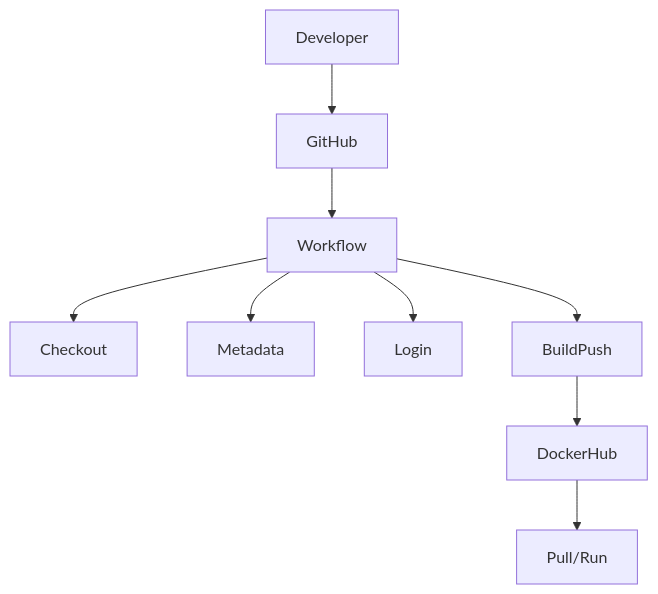
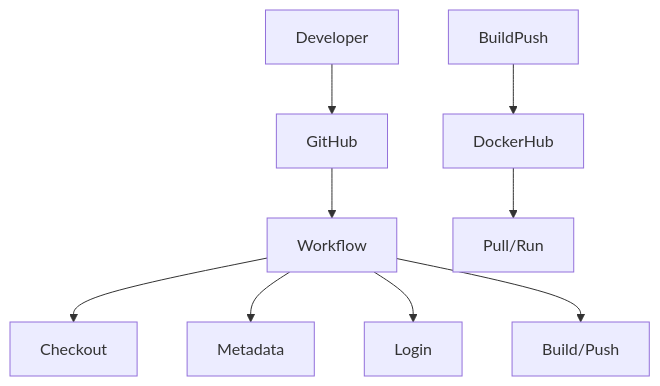
One commit to WSU-kduncan/cicdf25-Historyvariety changed the diagram in README-CI.md. Above: the diagram before and after it, drawn with Mermaid.

````diff
--- a/README-CI.md
+++ b/README-CI.md
@@ -20,11 +20,11 @@
 ```mermaid
   graph TD
       Developer--> GitHub
       GitHub --> Workflow
       Workflow --> Checkout
       Workflow --> Metadata
       Workflow --> Login
-      Workflow --> BuildPush
+      Workflow --> Build/Push
       BuildPush --> DockerHub
       DockerHub --> Pull/Run
 ```
````
